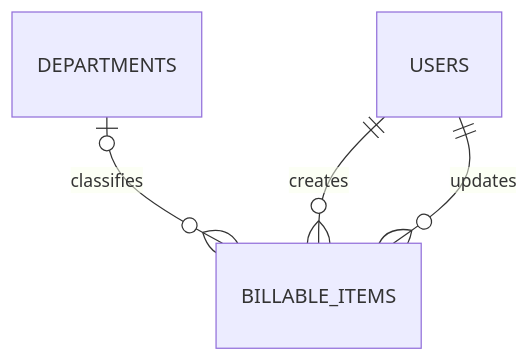
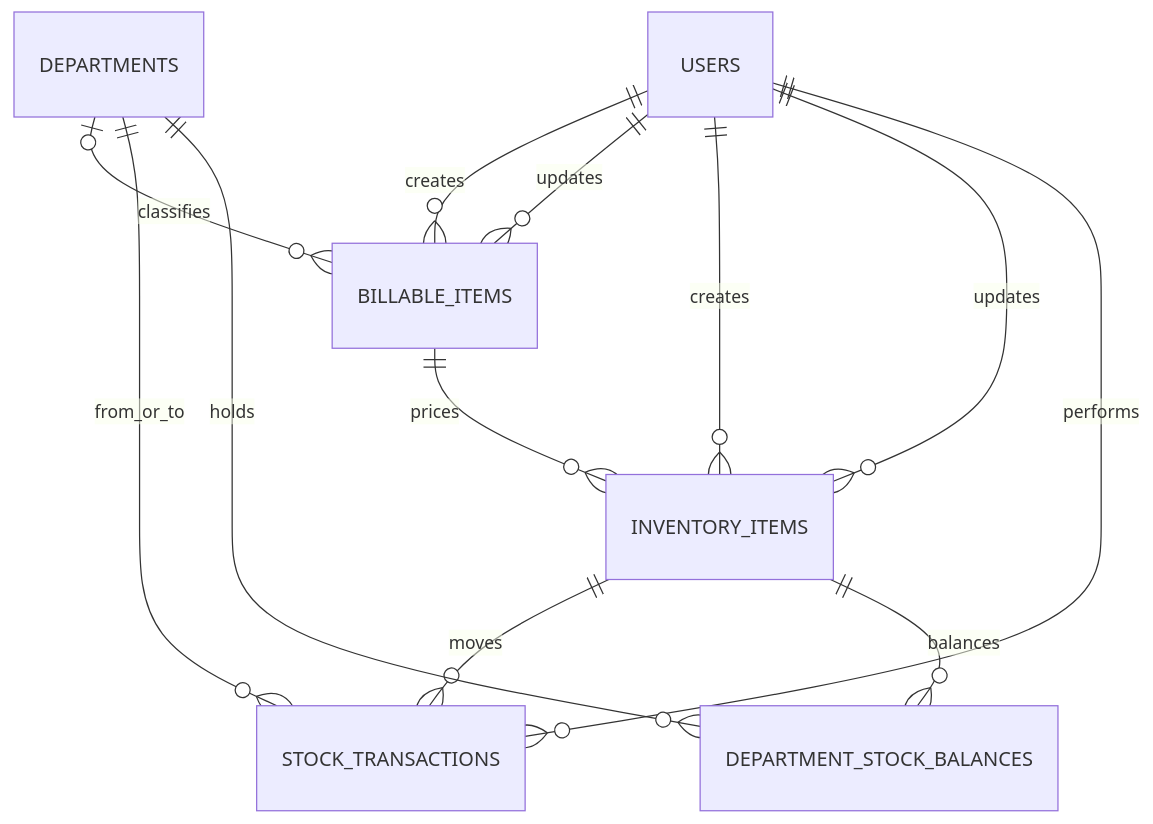
One commit to Wallem-1089/Zimran changed diagram 17 of 17 in DATABASE_RELATIONSHIPS.md. Above: the diagram before and after it, drawn with Mermaid. The commit also changed other lines of this file and 38 other files, not shown here.

````diff
--- a/DATABASE_RELATIONSHIPS.md
+++ b/DATABASE_RELATIONSHIPS.md
@@ -945,6 +957,14 @@
 ```mermaid
 erDiagram
     DEPARTMENTS o|--o{ BILLABLE_ITEMS : classifies
     USERS ||--o{ BILLABLE_ITEMS : creates
     USERS ||--o{ BILLABLE_ITEMS : updates
+    BILLABLE_ITEMS ||--o{ INVENTORY_ITEMS : prices
+    USERS ||--o{ INVENTORY_ITEMS : creates
+    USERS ||--o{ INVENTORY_ITEMS : updates
+    INVENTORY_ITEMS ||--o{ STOCK_TRANSACTIONS : moves
+    DEPARTMENTS ||--o{ STOCK_TRANSACTIONS : from_or_to
+    USERS ||--o{ STOCK_TRANSACTIONS : performs
+    INVENTORY_ITEMS ||--o{ DEPARTMENT_STOCK_BALANCES : balances
+    DEPARTMENTS ||--o{ DEPARTMENT_STOCK_BALANCES : holds
 ```
````
